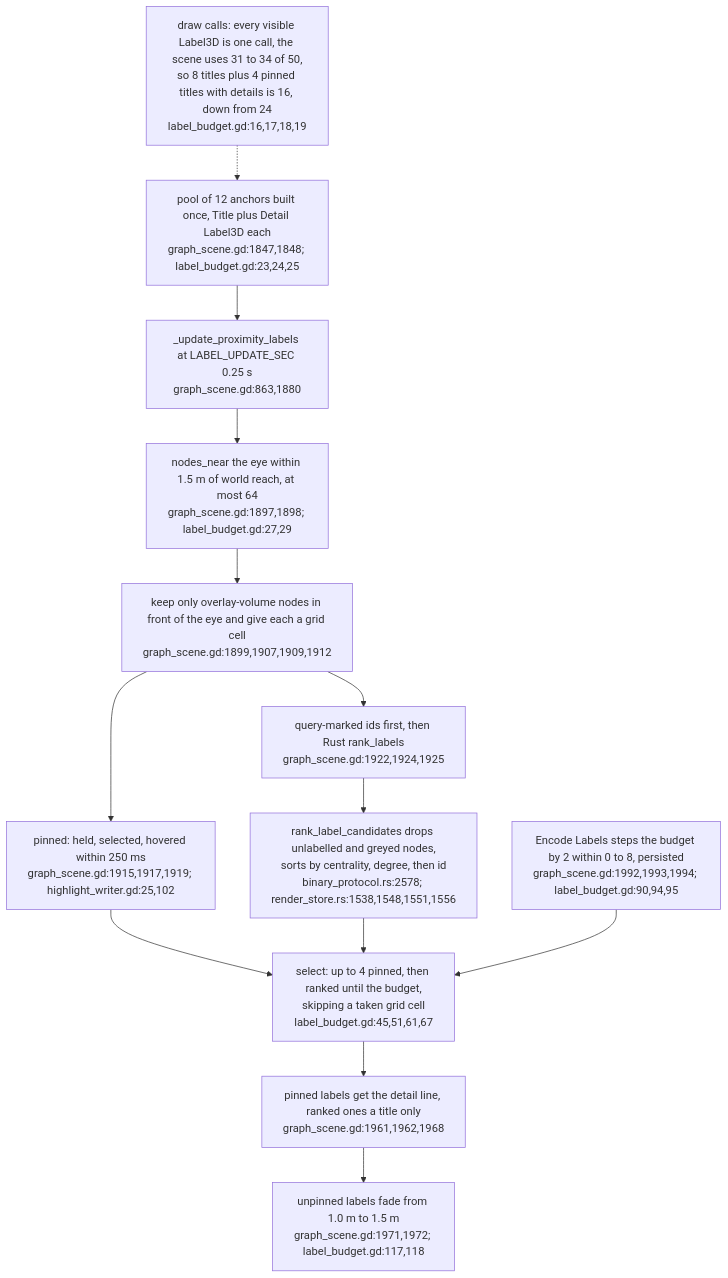
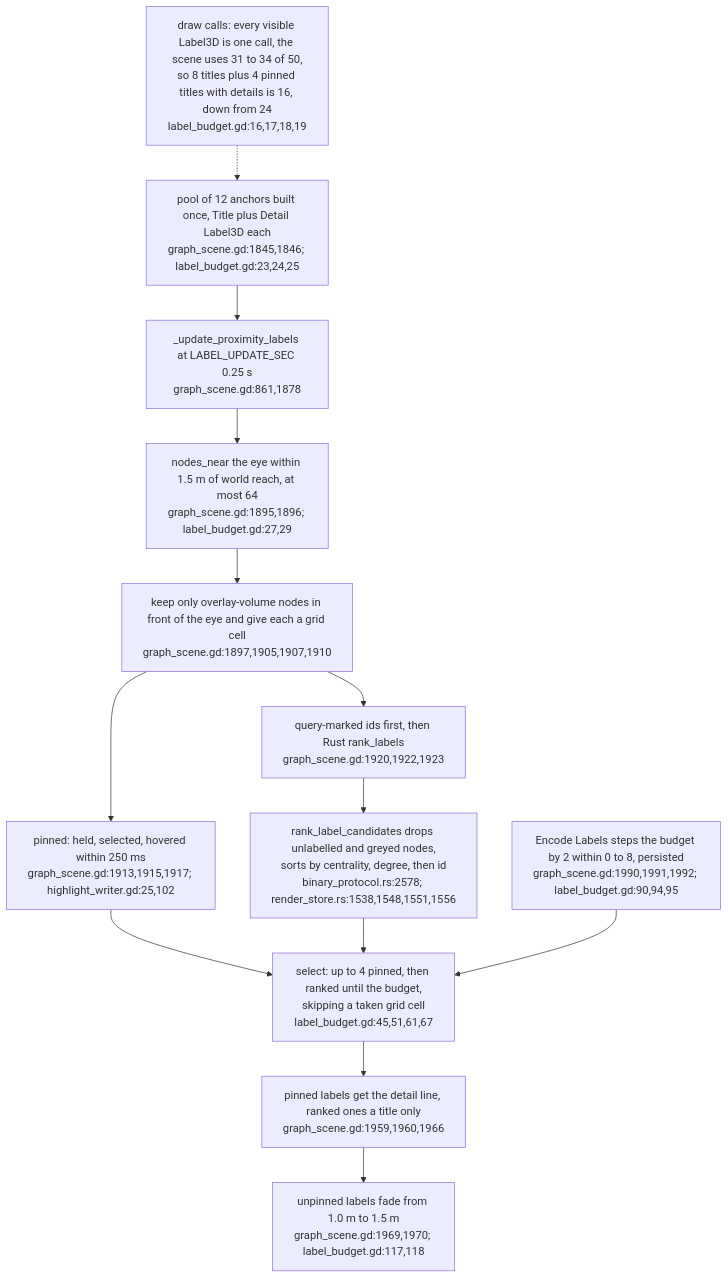
One commit to DreamLab-AI/VisionFlow changed diagram 28 of 30 in docs/diagrams/visionclaw/36-godot-xr-client.md. Above: the diagram before and after it, drawn with Mermaid. The commit also changed other lines of this file and 7 other files, not shown here.

First line of the commit message:
diagrams(visionclaw): re-verify VC-34 to VC-40 and VC-42 at visionclaw 4900ec6, agentbox 59b1aca

````diff
--- a/docs/diagrams/visionclaw/36-godot-xr-client.md
+++ b/docs/diagrams/visionclaw/36-godot-xr-client.md
@@ -1407,15 +1407,15 @@
 ```mermaid
 flowchart TD
-    POOL["pool of 12 anchors built once, Title plus Detail Label3D each<br/>graph_scene.gd:1847,1848; label_budget.gd:23,24,25"] --> TICK
-    TICK["_update_proximity_labels at LABEL_UPDATE_SEC 0.25 s<br/>graph_scene.gd:863,1880"] --> NEAR["nodes_near the eye within 1.5 m of world reach, at most 64<br/>graph_scene.gd:1897,1898; label_budget.gd:27,29"]
-    NEAR --> KEEP["keep only overlay-volume nodes in front of the eye and give each a grid cell<br/>graph_scene.gd:1899,1907,1909,1912"]
-    KEEP --> PIN["pinned: held, selected, hovered within 250 ms<br/>graph_scene.gd:1915,1917,1919; highlight_writer.gd:25,102"]
-    KEEP --> RANK["query-marked ids first, then Rust rank_labels<br/>graph_scene.gd:1922,1924,1925"]
+    POOL["pool of 12 anchors built once, Title plus Detail Label3D each<br/>graph_scene.gd:1845,1846; label_budget.gd:23,24,25"] --> TICK
+    TICK["_update_proximity_labels at LABEL_UPDATE_SEC 0.25 s<br/>graph_scene.gd:861,1878"] --> NEAR["nodes_near the eye within 1.5 m of world reach, at most 64<br/>graph_scene.gd:1895,1896; label_budget.gd:27,29"]
+    NEAR --> KEEP["keep only overlay-volume nodes in front of the eye and give each a grid cell<br/>graph_scene.gd:1897,1905,1907,1910"]
+    KEEP --> PIN["pinned: held, selected, hovered within 250 ms<br/>graph_scene.gd:1913,1915,1917; highlight_writer.gd:25,102"]
+    KEEP --> RANK["query-marked ids first, then Rust rank_labels<br/>graph_scene.gd:1920,1922,1923"]
     RANK --> RUST["rank_label_candidates drops unlabelled and greyed nodes,<br/>sorts by centrality, degree, then id<br/>binary_protocol.rs:2578; render_store.rs:1538,1548,1551,1556"]
     PIN --> SEL["select: up to 4 pinned, then ranked until the budget,<br/>skipping a taken grid cell<br/>label_budget.gd:45,51,61,67"]
     RUST --> SEL
-    SEL --> DRAW["pinned labels get the detail line, ranked ones a title only<br/>graph_scene.gd:1961,1962,1968"]
-    DRAW --> FADE["unpinned labels fade from 1.0 m to 1.5 m<br/>graph_scene.gd:1971,1972; label_budget.gd:117,118"]
-    STEP["Encode Labels steps the budget by 2 within 0 to 8, persisted<br/>graph_scene.gd:1992,1993,1994; label_budget.gd:90,94,95"] --> SEL
+    SEL --> DRAW["pinned labels get the detail line, ranked ones a title only<br/>graph_scene.gd:1959,1960,1966"]
+    DRAW --> FADE["unpinned labels fade from 1.0 m to 1.5 m<br/>graph_scene.gd:1969,1970; label_budget.gd:117,118"]
+    STEP["Encode Labels steps the budget by 2 within 0 to 8, persisted<br/>graph_scene.gd:1990,1991,1992; label_budget.gd:90,94,95"] --> SEL
     WHY["draw calls: every visible Label3D is one call, the scene uses 31 to 34 of 50,<br/>so 8 titles plus 4 pinned titles with details is 16, down from 24<br/>label_budget.gd:16,17,18,19"] -.-> POOL
 ```
````
